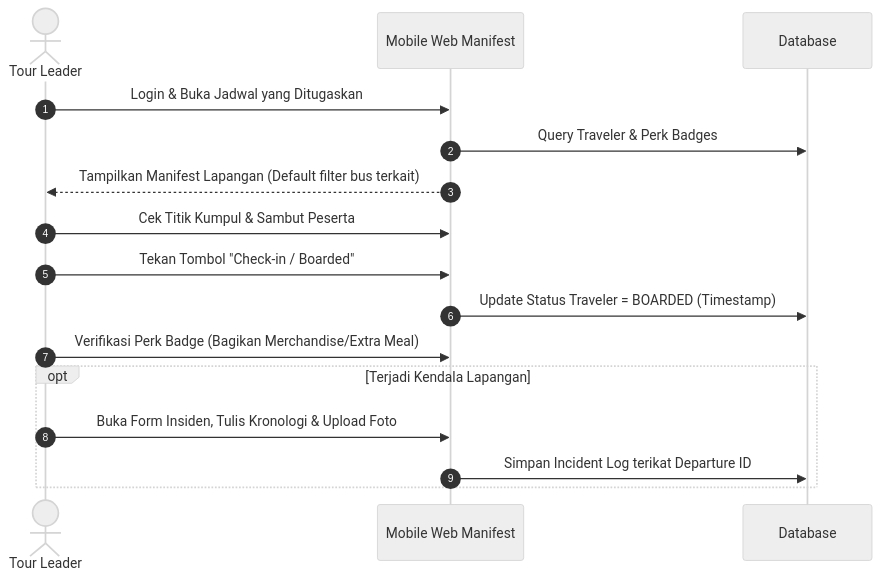
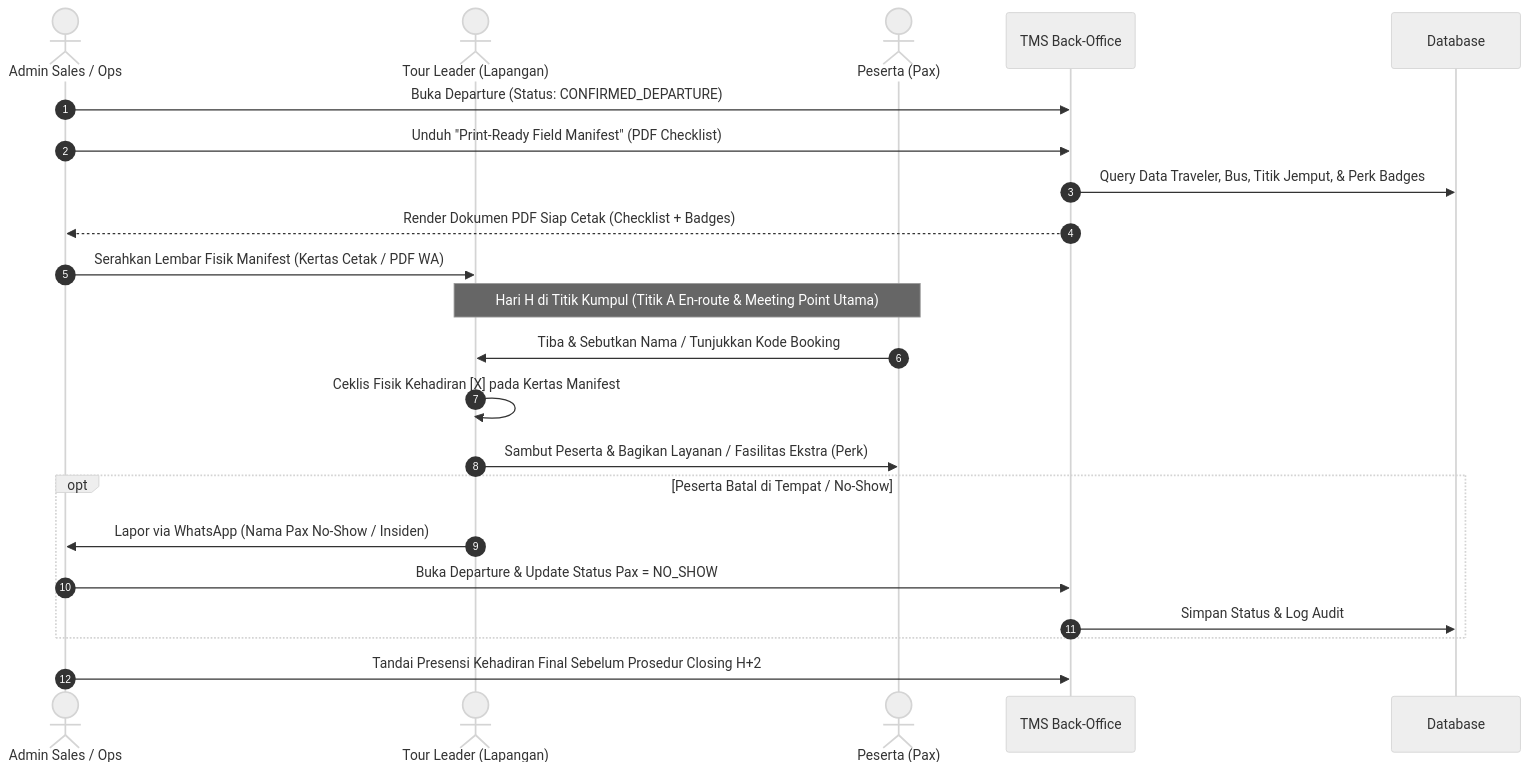
One commit to mfauzanfikri/tms-docs changed the fourth of 5 diagrams in development/mvp-1/01_PRD.md. Above: the diagram before and after it, drawn with Mermaid (neutral theme). The commit also changed other lines of this file and 3 other files, not shown here.

````diff
--- a/development/mvp-1/01_PRD.md
+++ b/development/mvp-1/01_PRD.md
@@ -172,19 +185,25 @@
 ```mermaid
 sequenceDiagram
     autonumber
-    actor TL as Tour Leader
-    participant App as Mobile Web Manifest
+    actor Admin as Admin Sales / Ops
+    actor TL as Tour Leader (Lapangan)
+    actor Pax as Peserta (Pax)
+    participant TMS as TMS Back-Office
     participant DB as Database
 
-    TL->>App: Login & Buka Jadwal yang Ditugaskan
-    App->>DB: Query Traveler & Perk Badges
-    App-->>TL: Tampilkan Manifest Lapangan (Default filter bus terkait)
-    TL->>App: Cek Titik Kumpul & Sambut Peserta
-    TL->>App: Tekan Tombol "Check-in / Boarded"
-    App->>DB: Update Status Traveler = BOARDED (Timestamp)
-    TL->>App: Verifikasi Perk Badge (Bagikan Merchandise/Extra Meal)
-    opt Terjadi Kendala Lapangan
-        TL->>App: Buka Form Insiden, Tulis Kronologi & Upload Foto
-        App->>DB: Simpan Incident Log terikat Departure ID
+    Admin->>TMS: Buka Departure (Status: CONFIRMED_DEPARTURE)
+    Admin->>TMS: Unduh "Print-Ready Field Manifest" (PDF Checklist)
+    TMS->>DB: Query Data Traveler, Bus, Titik Jemput, & Perk Badges
+    TMS-->>Admin: Render Dokumen PDF Siap Cetak (Checklist + Badges)
+    Admin->>TL: Serahkan Lembar Fisik Manifest (Kertas Cetak / PDF WA)
+    Note over TL,Pax: Hari H di Titik Kumpul (Titik A En-route & Meeting Point Utama)
+    Pax->>TL: Tiba & Sebutkan Nama / Tunjukkan Kode Booking
+    TL->>TL: Ceklis Fisik Kehadiran [X] pada Kertas Manifest
+    TL->>Pax: Sambut Peserta & Bagikan Layanan / Fasilitas Ekstra (Perk)
+    opt Peserta Batal di Tempat / No-Show
+        TL->>Admin: Lapor via WhatsApp (Nama Pax No-Show / Insiden)
+        Admin->>TMS: Buka Departure & Update Status Pax = NO_SHOW
+        TMS->>DB: Simpan Status & Log Audit
     end
+    Admin->>TMS: Tandai Presensi Kehadiran Final Sebelum Prosedur Closing H+2
 ```
````
